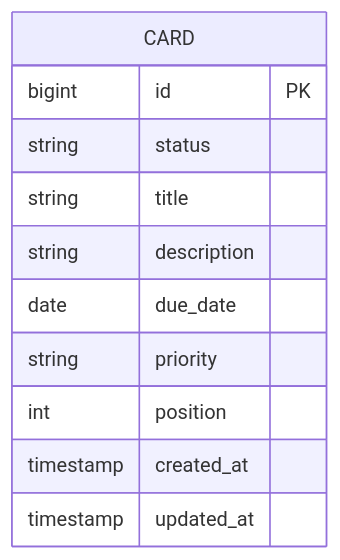
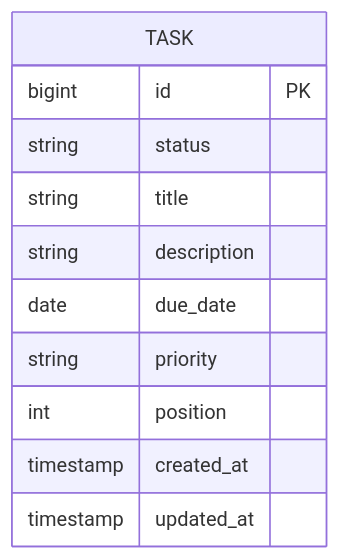
The second of 2 diagrams in docs/requirements.md (ma9ruko6me/TaskManagement), drawn with Mermaid before and after one commit. The commit also changed other lines of this file and 18 other files, not shown here.

First line of the commit message:
Card → Task へリネーム (#6)

````diff
--- a/docs/requirements.md
+++ b/docs/requirements.md
@@ -145,14 +145,14 @@
 ```mermaid
 erDiagram
-    CARD {
+    TASK {
         bigint id PK
         string status
         string title
         string description
         date due_date
         string priority
         int position
         timestamp created_at
         timestamp updated_at
     }
 ```
````
